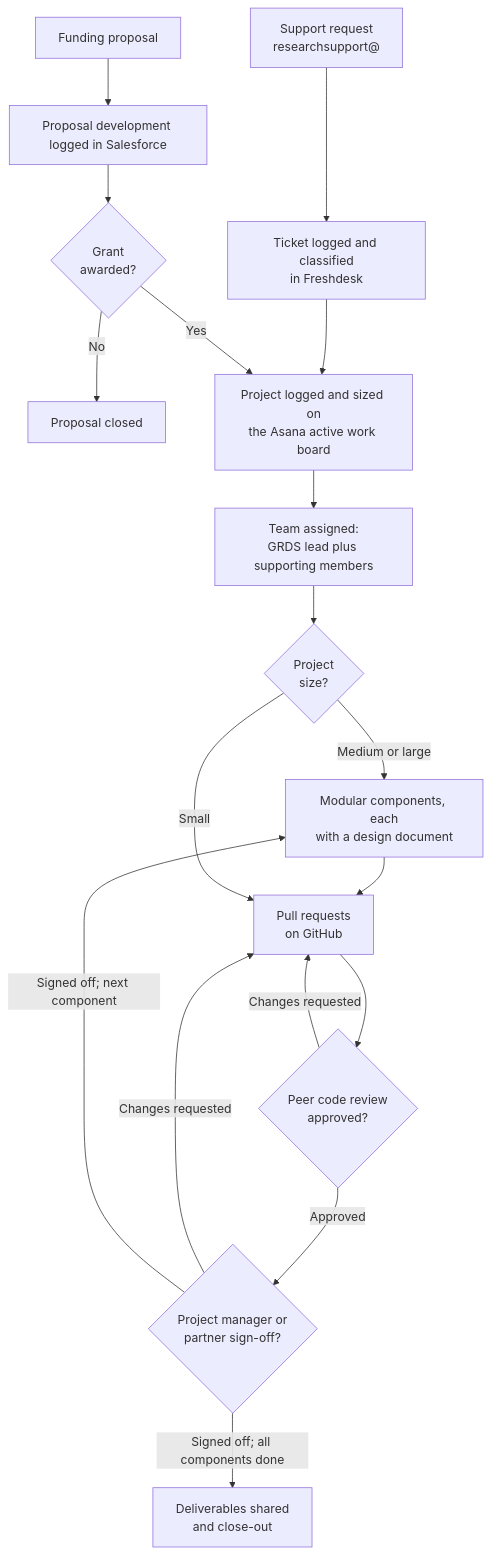
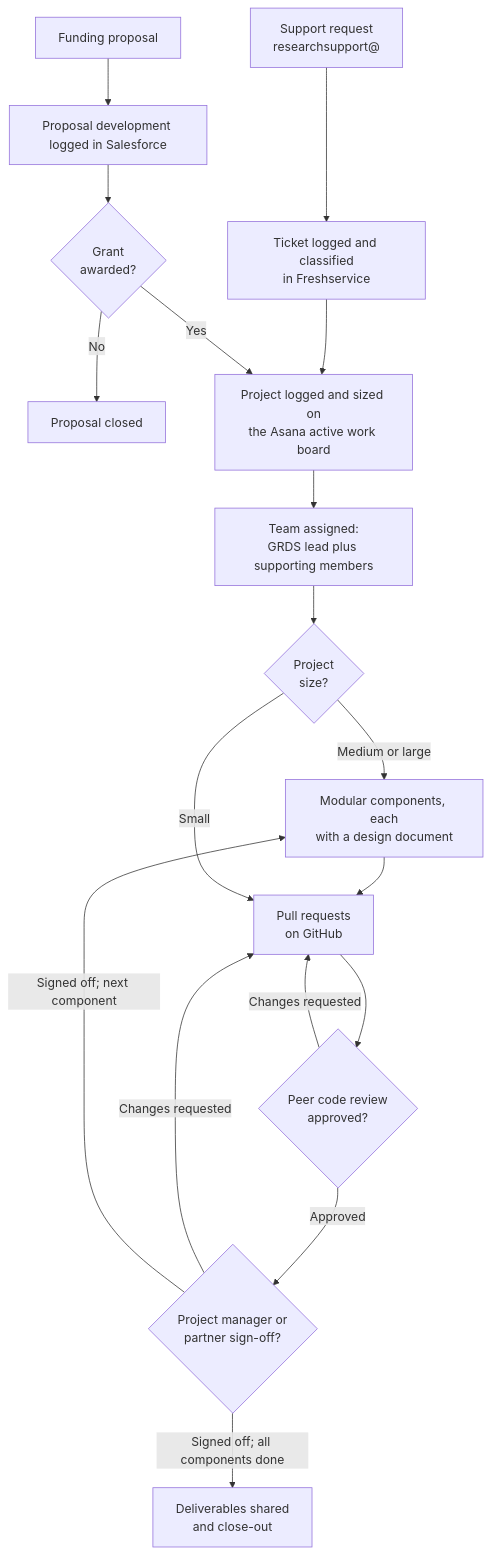
Before and after one commit to PovertyAction/ipa-research-data-science-hub: the diagram in teams/grds/support.qmd, drawn with Mermaid. The commit also changed other lines of this file, not shown here.

Commit message:
fix: update Freshdesk references to Freshservice in support documentation

````diff
--- a/teams/grds/support.qmd
+++ b/teams/grds/support.qmd
@@ -51,23 +51,23 @@
 ```{mermaid}
 %%| label: fig-grds-lifecycle
 %%| fig-cap: "How a request or an awarded proposal becomes GRDS work."
 
 flowchart TD
-    A["Support request<br/>researchsupport@"] ---> B["Ticket logged and classified<br/>in Freshdesk"]
+    A["Support request<br/>researchsupport@"] ---> B["Ticket logged and classified<br/>in Freshservice"]
     P["Funding proposal"] --> Q["Proposal development logged in Salesforce"]
     Q --> S{"Grant<br/>awarded?"}
     S -->|"No"| T["Proposal closed"]
     B --> E["Project logged and sized on<br/>the Asana active work board"]
     S -->|"Yes"| E
     E --> G["Team assigned:<br/>GRDS lead plus supporting members"]
     G --> H{"Project<br/>size?"}
     H -->|"Medium or large"| I["Modular components, each<br/>with a design document"]
     I --> K["Pull requests<br/>on GitHub"]
     H -->|"Small"| K
     K --> L{"Peer code review<br/>approved?"}
     L -->|"Changes requested"| K
     L -->|"Approved"| M{"Project manager or<br/>partner sign-off?"}
     M -->|"Changes requested"| K
     M -->|"Signed off; next component"| I
     M -->|"Signed off; all components done"| Z["Deliverables shared<br/>and close-out"]
 ```
````
